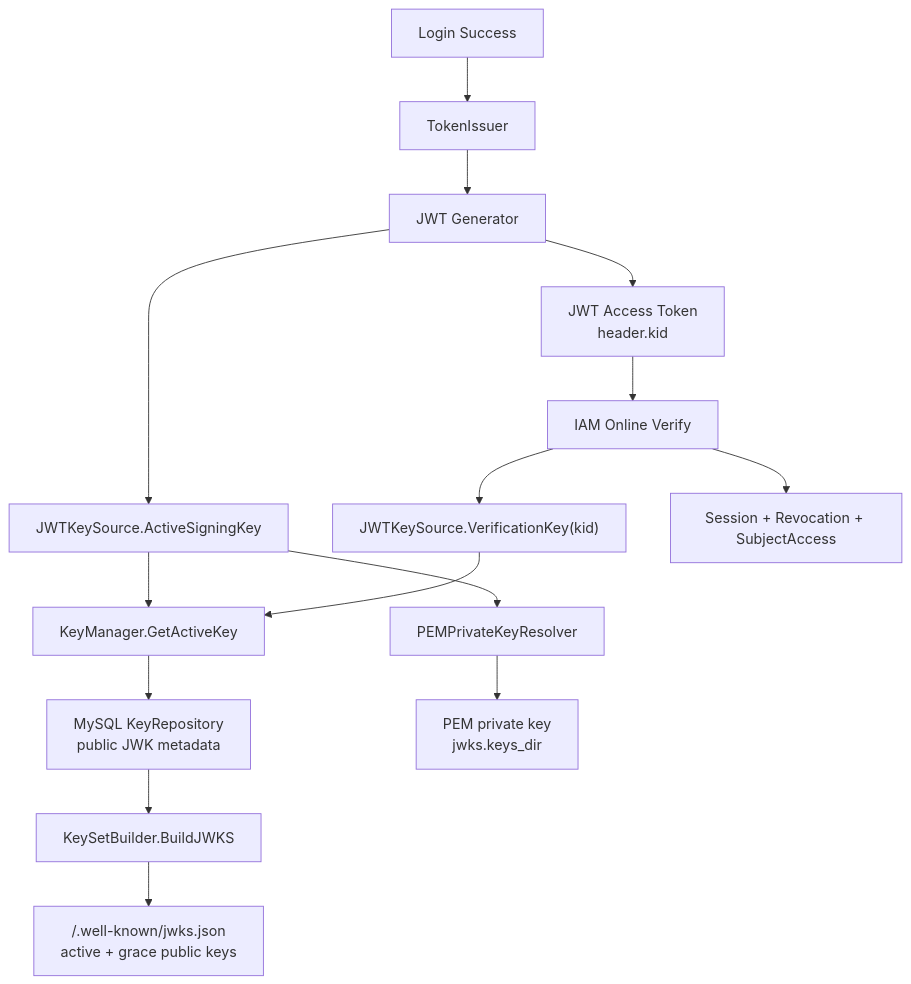
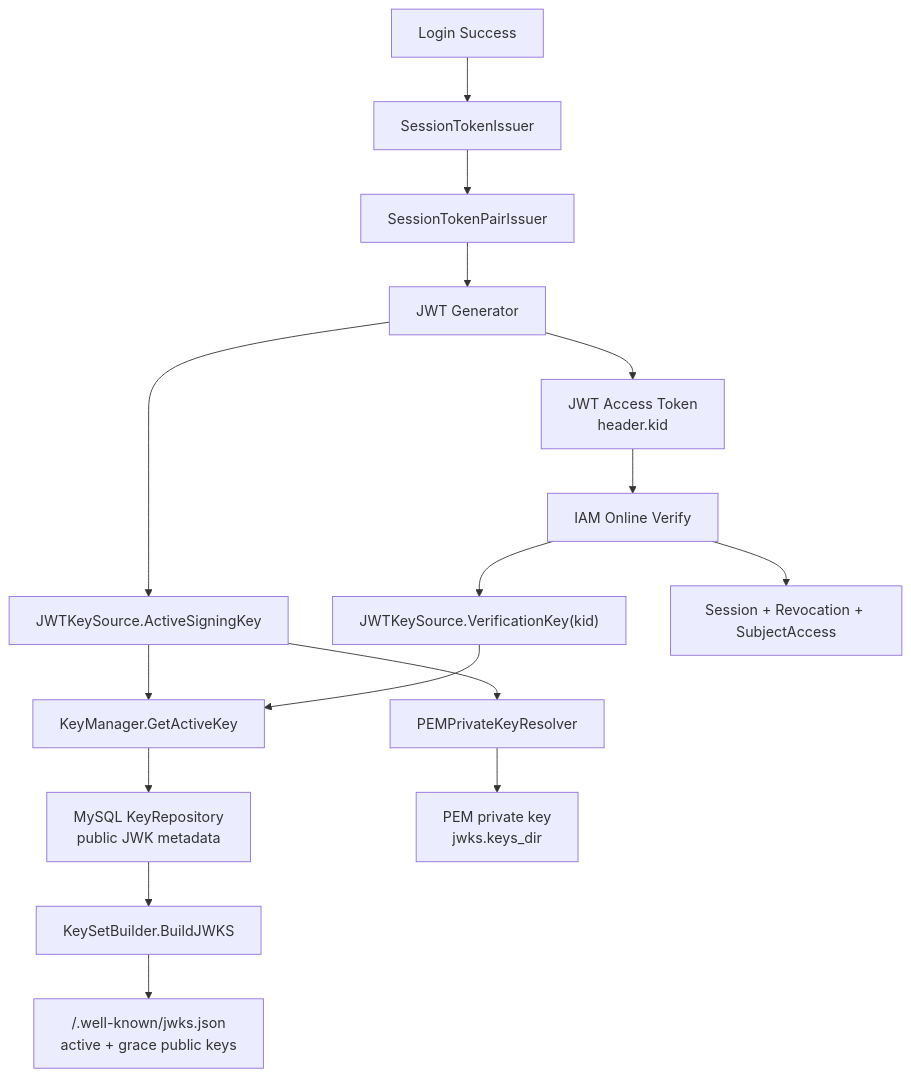
One commit to FangcunMount/iam changed the first of 8 diagrams in docs/02-认证AuthN/03-JWKS与KeyRotation.md. Above: the diagram before and after it, drawn with Mermaid. The commit also changed other lines of this file and 18 other files, not shown here.

````diff
--- a/docs/02-认证AuthN/03-JWKS与KeyRotation.md
+++ b/docs/02-认证AuthN/03-JWKS与KeyRotation.md
@@ -94,30 +95,31 @@
 ```mermaid
 flowchart TD
     Login["Login Success"]
-    Issuer["TokenIssuer"]
+    SessionIssuer["SessionTokenIssuer"]
+    PairIssuer["SessionTokenPairIssuer"]
     JWTGen["JWT Generator"]
     ActiveKey["JWTKeySource.ActiveSigningKey"]
     KeyManager["KeyManager.GetActiveKey"]
     PrivateResolver["PEMPrivateKeyResolver"]
     JWT["JWT Access Token<br/>header.kid"]
 
     KeyRepo["MySQL KeyRepository<br/>public JWK metadata"]
     PrivatePEM["PEM private key<br/>jwks.keys_dir"]
 
     JWKSBuilder["KeySetBuilder.BuildJWKS"]
     PublicJWKS["/.well-known/jwks.json<br/>active + grace public keys"]
 
     Verify["IAM Online Verify"]
     VerifyKey["JWTKeySource.VerificationKey(kid)"]
     SessionCheck["Session + Revocation + SubjectAccess"]
 
-    Login --> Issuer --> JWTGen --> ActiveKey --> KeyManager
+    Login --> SessionIssuer --> PairIssuer --> JWTGen --> ActiveKey --> KeyManager
     KeyManager --> KeyRepo
     ActiveKey --> PrivateResolver --> PrivatePEM
     JWTGen --> JWT
 
     KeyRepo --> JWKSBuilder --> PublicJWKS
 
     JWT --> Verify --> VerifyKey --> KeyManager
     Verify --> SessionCheck
 ```
````
